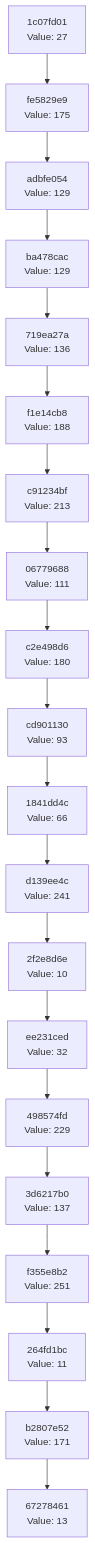
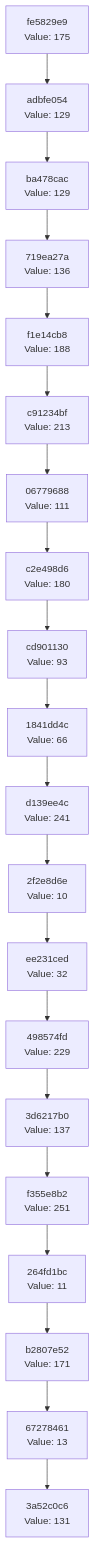
The diagram in docs/CHAIN_VISUALIZATION.md (Abhisheksinha1506/hash-chain-evolver), drawn with Mermaid before and after one commit. The commit also changed 1 other file, not shown here.

Commit message:
Evolution Step

````diff
--- a/docs/CHAIN_VISUALIZATION.md
+++ b/docs/CHAIN_VISUALIZATION.md
@@ -3,42 +3,42 @@
 ```mermaid
 graph TD
-    C0["67278461<br/>Value: 13"]
-    C1["b2807e52<br/>Value: 171"]
+    C0["3a52c0c6<br/>Value: 131"]
+    C1["67278461<br/>Value: 13"]
     C1 --> C0
-    C2["264fd1bc<br/>Value: 11"]
+    C2["b2807e52<br/>Value: 171"]
     C2 --> C1
-    C3["f355e8b2<br/>Value: 251"]
+    C3["264fd1bc<br/>Value: 11"]
     C3 --> C2
-    C4["3d6217b0<br/>Value: 137"]
+    C4["f355e8b2<br/>Value: 251"]
     C4 --> C3
-    C5["498574fd<br/>Value: 229"]
+    C5["3d6217b0<br/>Value: 137"]
     C5 --> C4
-    C6["ee231ced<br/>Value: 32"]
+    C6["498574fd<br/>Value: 229"]
     C6 --> C5
-    C7["2f2e8d6e<br/>Value: 10"]
+    C7["ee231ced<br/>Value: 32"]
     C7 --> C6
-    C8["d139ee4c<br/>Value: 241"]
+    C8["2f2e8d6e<br/>Value: 10"]
     C8 --> C7
-    C9["1841dd4c<br/>Value: 66"]
+    C9["d139ee4c<br/>Value: 241"]
     C9 --> C8
-    C10["cd901130<br/>Value: 93"]
+    C10["1841dd4c<br/>Value: 66"]
     C10 --> C9
-    C11["c2e498d6<br/>Value: 180"]
+    C11["cd901130<br/>Value: 93"]
     C11 --> C10
-    C12["06779688<br/>Value: 111"]
+    C12["c2e498d6<br/>Value: 180"]
     C12 --> C11
-    C13["c91234bf<br/>Value: 213"]
+    C13["06779688<br/>Value: 111"]
     C13 --> C12
-    C14["f1e14cb8<br/>Value: 188"]
+    C14["c91234bf<br/>Value: 213"]
     C14 --> C13
-    C15["719ea27a<br/>Value: 136"]
+    C15["f1e14cb8<br/>Value: 188"]
     C15 --> C14
-    C16["ba478cac<br/>Value: 129"]
+    C16["719ea27a<br/>Value: 136"]
     C16 --> C15
-    C17["adbfe054<br/>Value: 129"]
+    C17["ba478cac<br/>Value: 129"]
     C17 --> C16
-    C18["fe5829e9<br/>Value: 175"]
+    C18["adbfe054<br/>Value: 129"]
     C18 --> C17
-    C19["1c07fd01<br/>Value: 27"]
+    C19["fe5829e9<br/>Value: 175"]
     C19 --> C18
 ```
````
